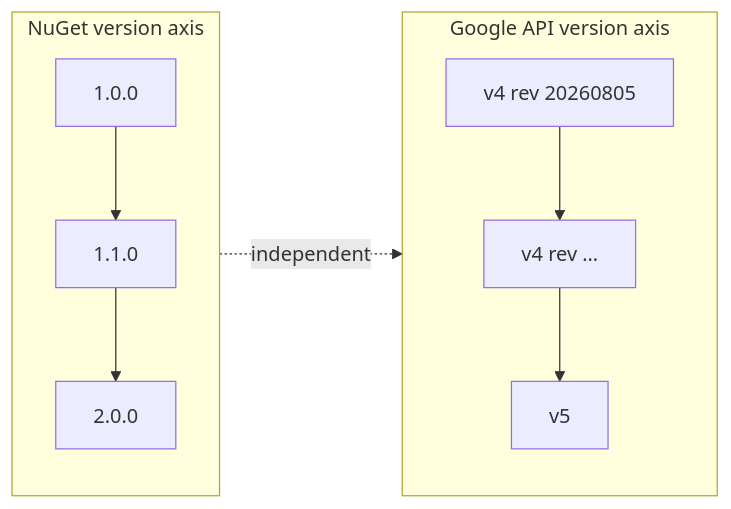
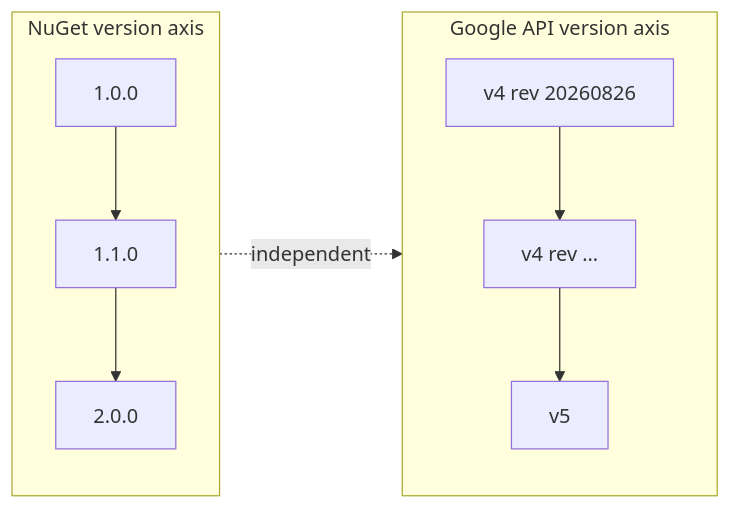
One commit to kkdev92/health-data-dotnet changed the diagram in docs/compatibility.md. Above: the diagram before and after it, drawn with Mermaid. The commit also changed 264 other files, not shown here.

````diff
--- a/docs/compatibility.md
+++ b/docs/compatibility.md
@@ -6,10 +6,10 @@
 ```mermaid
 flowchart LR
     subgraph NUGET["NuGet version axis"]
         N1["1.0.0"] --> N2["1.1.0"] --> N3["2.0.0"]
     end
     subgraph GOOGLE["Google API version axis"]
-        G1["v4 rev 20260805"] --> G2["v4 rev …"] --> G3["v5"]
+        G1["v4 rev 20260826"] --> G2["v4 rev …"] --> G3["v5"]
     end
     NUGET -.->|"independent"| GOOGLE
 ```
````
